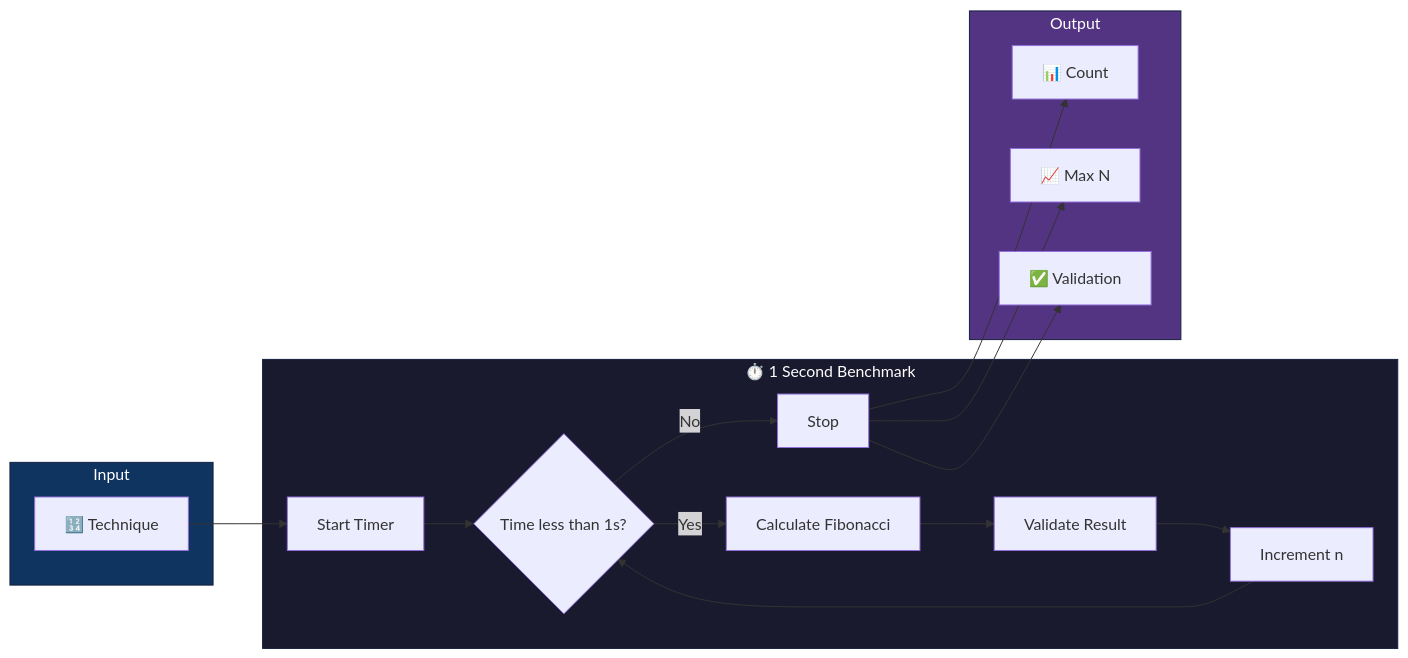
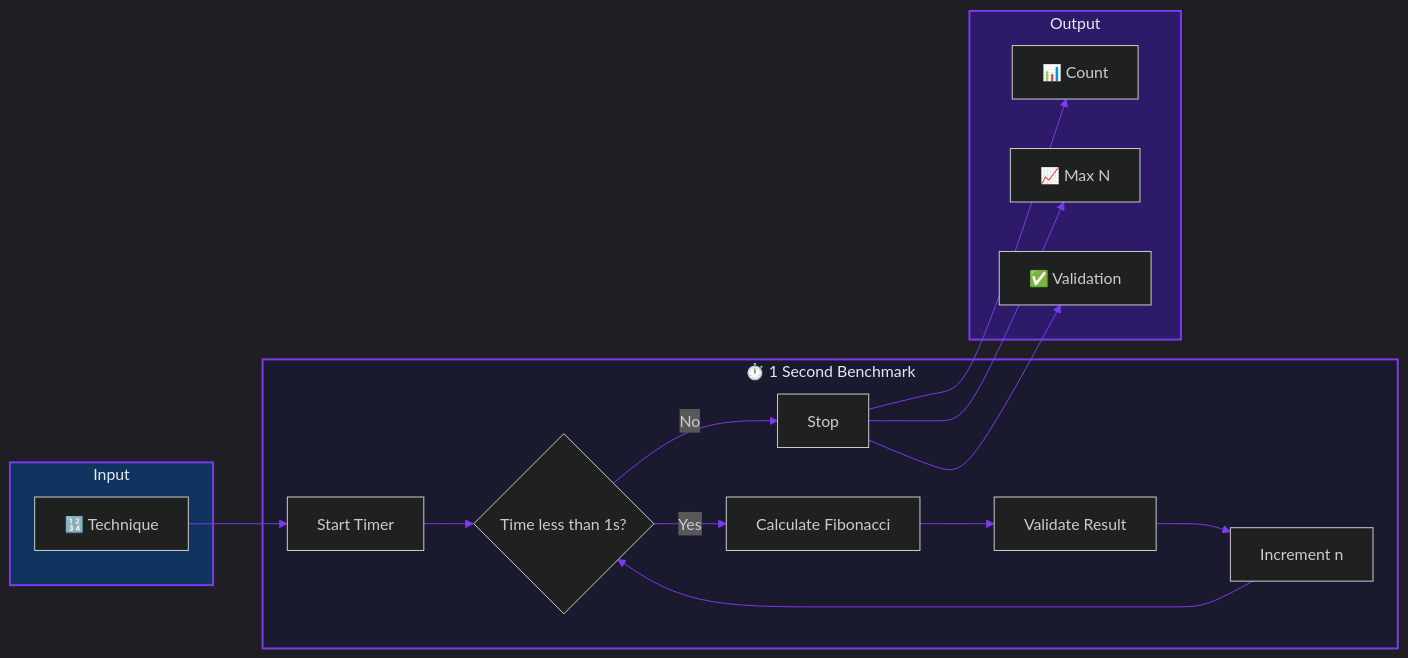
One commit to Stiven-Gjekaj/SpeedyFibonacci changed the first of 4 diagrams in README.md. Above: the diagram before and after it, drawn with Mermaid. The commit also changed other lines of this file, not shown here.

````diff
--- a/README.md
+++ b/README.md
@@ -26,30 +26,31 @@
 ```mermaid
+%%{init: {'theme': 'dark', 'themeVariables': {'primaryColor': '#2d1b69', 'primaryTextColor': '#e6e8ef', 'primaryBorderColor': '#7c3aed', 'lineColor': '#7c3aed', 'secondBkgColor': '#111217', 'tertiaryColor': '#1a1a2e'}}}%%
 flowchart LR
     subgraph Input
         A[🔢 Technique]
     end
 
     subgraph Benchmark["⏱️ 1 Second Benchmark"]
         B[Start Timer] --> C{Time less than 1s?}
         C -->|Yes| D[Calculate Fibonacci]
         D --> E[Validate Result]
         E --> F[Increment n]
         F --> C
         C -->|No| G[Stop]
     end
 
     subgraph Output
         H[📊 Count]
         I[📈 Max N]
         J[✅ Validation]
     end
 
     A --> B
     G --> H
     G --> I
     G --> J
 
-    style Benchmark fill:#1a1a2e,stroke:#16213e,color:#fff
-    style Input fill:#0f3460,stroke:#16213e,color:#fff
-    style Output fill:#533483,stroke:#16213e,color:#fff
+    style Benchmark fill:#1a1a2e,stroke:#7c3aed,color:#e6e8ef,stroke-width:2px
+    style Input fill:#0f3460,stroke:#7c3aed,color:#e6e8ef,stroke-width:2px
+    style Output fill:#2d1b69,stroke:#7c3aed,color:#e6e8ef,stroke-width:2px
 ```
````
